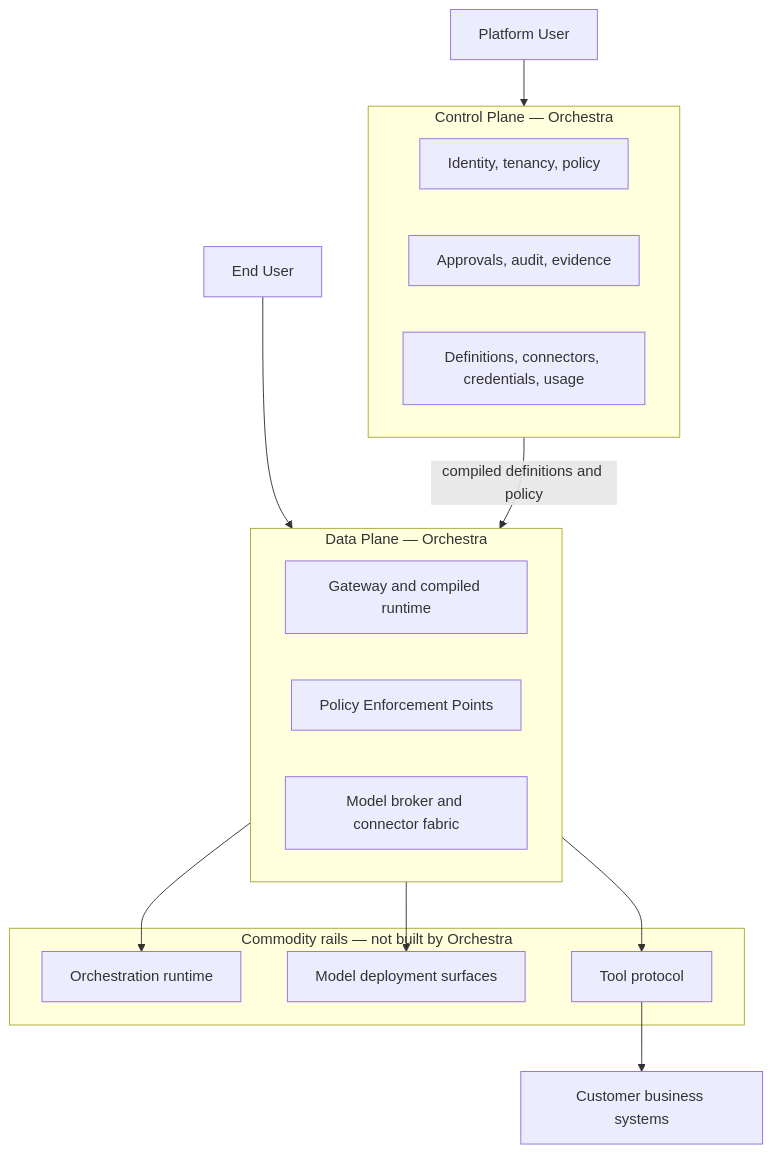
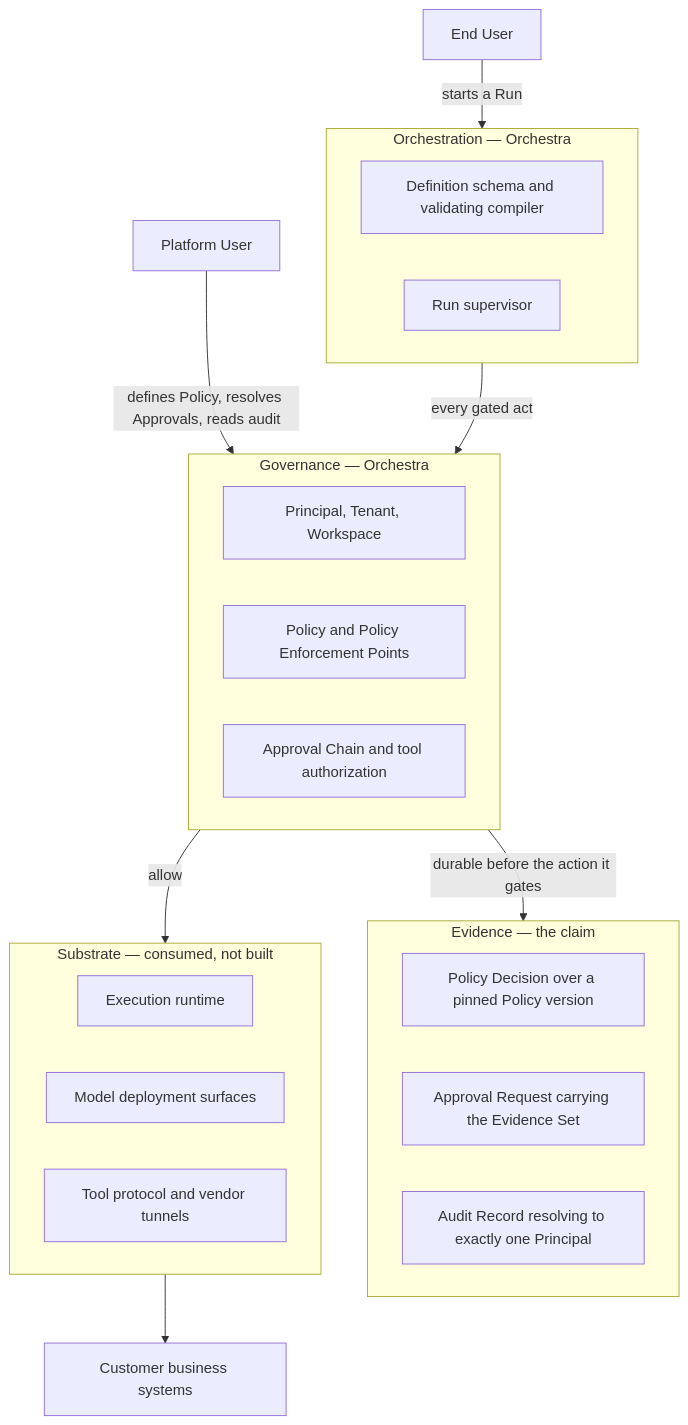
Before and after one commit to ayesigapaul/orchestra: the diagram in docs/00-overview/vision.md, drawn with Mermaid. The commit also changed other lines of this file and 19 other files, not shown here.

````diff
--- a/docs/00-overview/vision.md
+++ b/docs/00-overview/vision.md
@@ -112,29 +197,33 @@
 ```mermaid
 flowchart TB
-  PU["Platform User"] --> CP
-  EU["End User"] --> DP
+  PU["Platform User"] -->|"defines Policy, resolves Approvals, reads audit"| GOV
+  EU["End User"] -->|"starts a Run"| ORCH
 
-  subgraph CP["Control Plane — Orchestra"]
-    C1["Identity, tenancy, policy"]
-    C2["Approvals, audit, evidence"]
-    C3["Definitions, connectors, credentials, usage"]
+  subgraph EV["Evidence — the claim"]
+    V1["Policy Decision over a pinned Policy version"]
+    V2["Approval Request carrying the Evidence Set"]
+    V3["Audit Record resolving to exactly one Principal"]
   end
 
-  subgraph DP["Data Plane — Orchestra"]
-    D1["Gateway and compiled runtime"]
-    D2["Policy Enforcement Points"]
-    D3["Model broker and connector fabric"]
+  subgraph GOV["Governance — Orchestra"]
+    G1["Principal, Tenant, Workspace"]
+    G2["Policy and Policy Enforcement Points"]
+    G3["Approval Chain and tool authorization"]
   end
 
-  subgraph RAILS["Commodity rails — not built by Orchestra"]
-    R1["Orchestration runtime"]
-    R2["Model deployment surfaces"]
-    R3["Tool protocol"]
+  subgraph ORCH["Orchestration — Orchestra"]
+    O1["Definition schema and validating compiler"]
+    O2["Run supervisor"]
   end
 
-  CP -->|"compiled definitions and policy"| DP
-  DP --> R1
-  DP --> R2
-  DP --> R3
-  R3 --> SYS["Customer business systems"]
+  subgraph SUB["Substrate — consumed, not built"]
+    S1["Execution runtime"]
+    S2["Model deployment surfaces"]
+    S3["Tool protocol and vendor tunnels"]
+  end
+
+  ORCH -->|"every gated act"| GOV
+  GOV -->|"durable before the action it gates"| EV
+  GOV -->|"allow"| SUB
+  SUB --> SYS["Customer business systems"]
 ```
````
